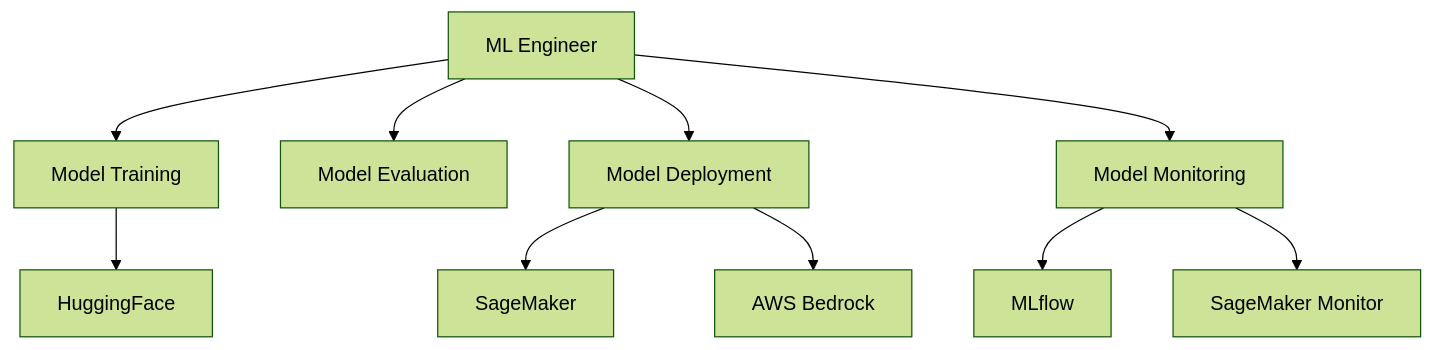
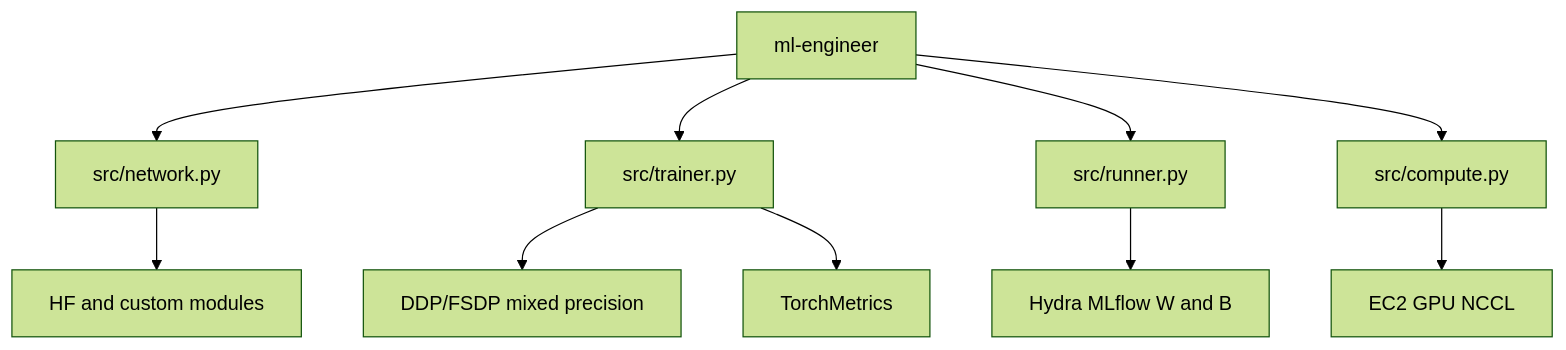
One commit to jxtngx/deep-learning-with-cursor changed the diagram in .cursor/agents/ml-engineer.md. Above: the diagram before and after it, drawn with Mermaid (forest theme). The commit also changed other lines of this file and 81 other files, not shown here.

````diff
--- a/.cursor/agents/ml-engineer.md
+++ b/.cursor/agents/ml-engineer.md
@@ -7,13 +12,12 @@
 ```mermaid
 graph TD
-    MLE[ML Engineer] --> Training[Model Training]
-    MLE --> Eval[Model Evaluation]
-    MLE --> Deploy[Model Deployment]
-    MLE --> Monitor[Model Monitoring]
-    
-    Training --> HF[HuggingFace]
-    Deploy --> SM[SageMaker]
-    Deploy --> Bedrock[AWS Bedrock]
-    Monitor --> MLflow[MLflow]
-    Monitor --> SMMonitor[SageMaker Monitor]
+    MLE[ml-engineer] --> Network["src/network.py"]
+    MLE --> Trainer["src/trainer.py"]
+    MLE --> Runner["src/runner.py"]
+    MLE --> Compute["src/compute.py"]
+    Network --> Models[HF and custom modules]
+    Trainer --> Loops[DDP/FSDP mixed precision]
+    Trainer --> Metrics[TorchMetrics]
+    Runner --> Tracking[Hydra MLflow W and B]
+    Compute --> GPU[EC2 GPU NCCL]
 ```
````
